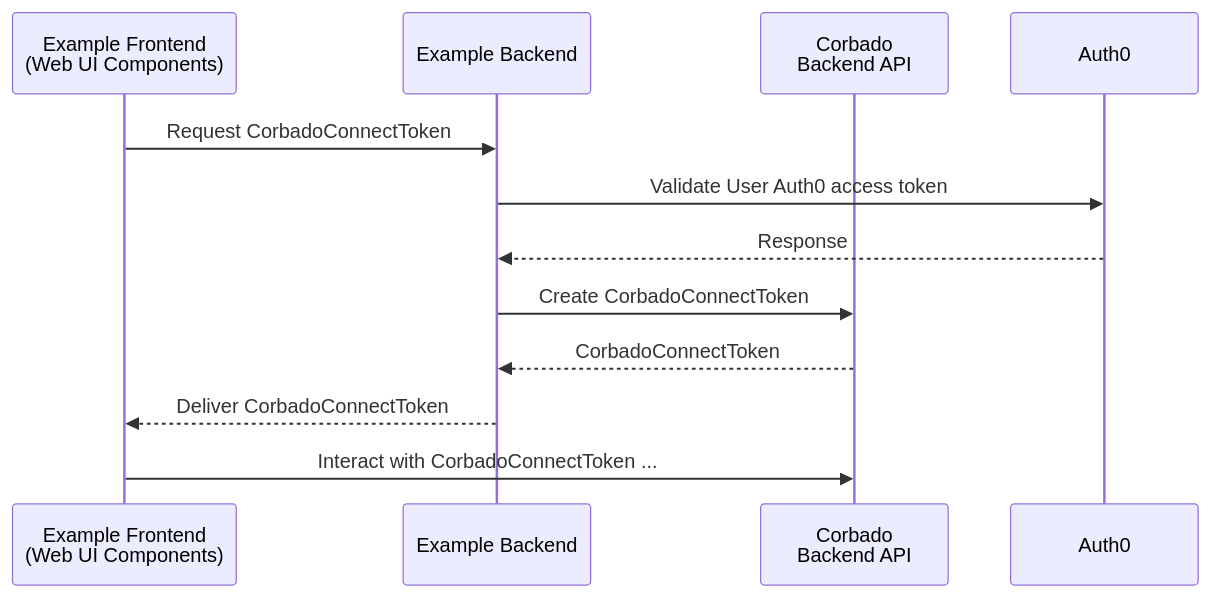
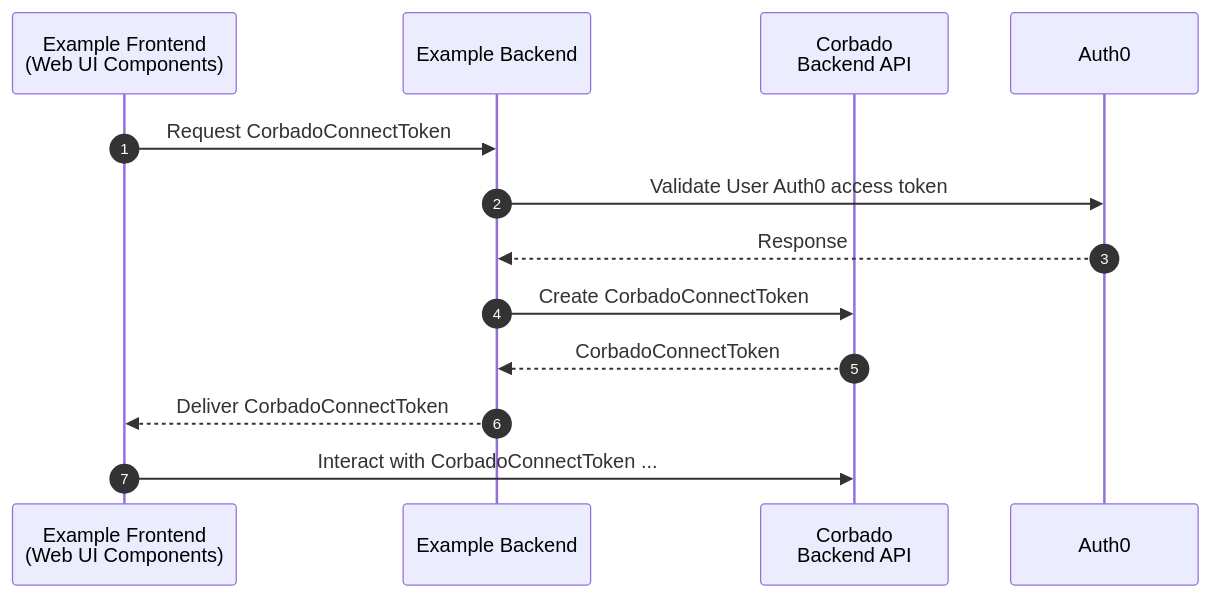
Before and after one commit to corbadotech/docs: the first of 3 diagrams in corbado-connect/integration/auth0.mdx, drawn with Mermaid. The commit also changed other lines of this file, not shown here.

````diff
--- a/corbado-connect/integration/auth0.mdx
+++ b/corbado-connect/integration/auth0.mdx
@@ -98,15 +98,16 @@
 ```mermaid
 sequenceDiagram
+    autonumber
     participant ExampleFrontend as Example Frontend<br />(Web UI Components)
     participant ExampleBackend as Example Backend
     participant BAPI as Corbado<br />Backend API
     participant Auth0 as Auth0
 
     ExampleFrontend->>ExampleBackend: Request CorbadoConnectToken
     ExampleBackend->>Auth0: Validate User Auth0 access token
     Auth0-->>ExampleBackend: Response
     ExampleBackend->>BAPI: Create CorbadoConnectToken
     BAPI-->>ExampleBackend: CorbadoConnectToken
     ExampleBackend-->>ExampleFrontend: Deliver CorbadoConnectToken
     ExampleFrontend->>BAPI: Interact with CorbadoConnectToken ...
 ```
````
